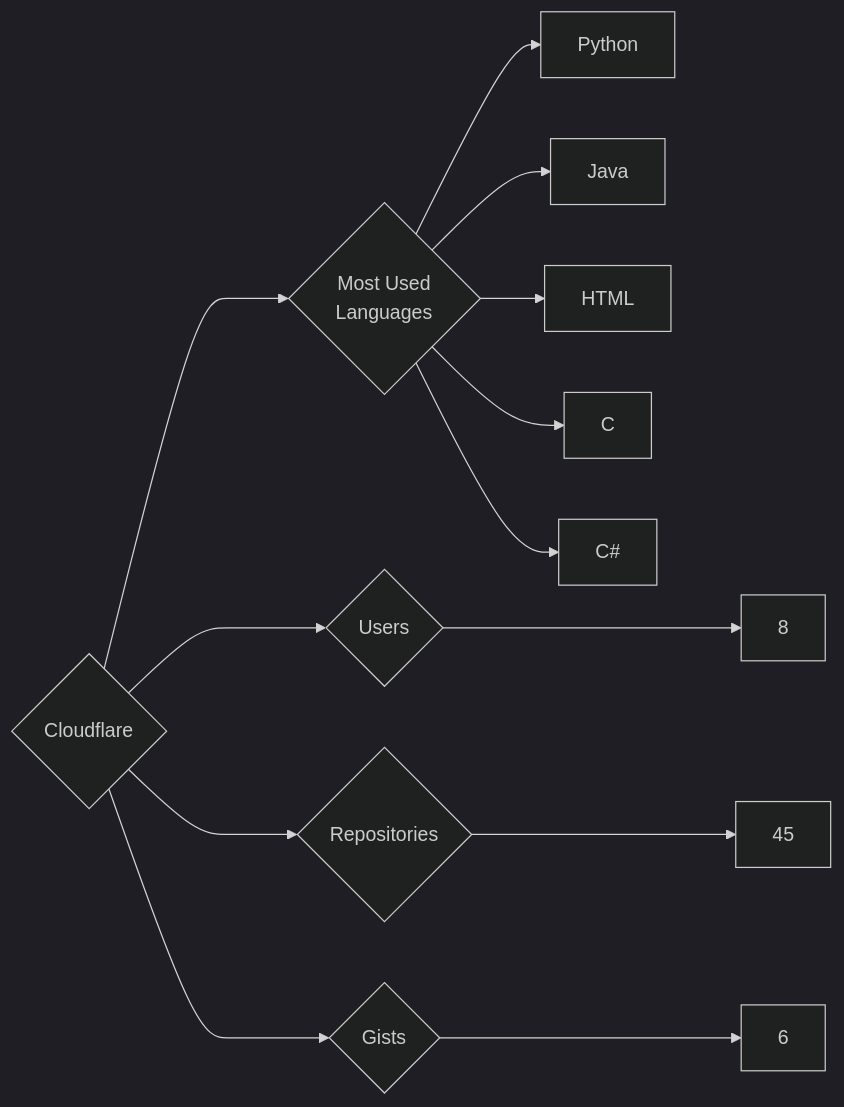
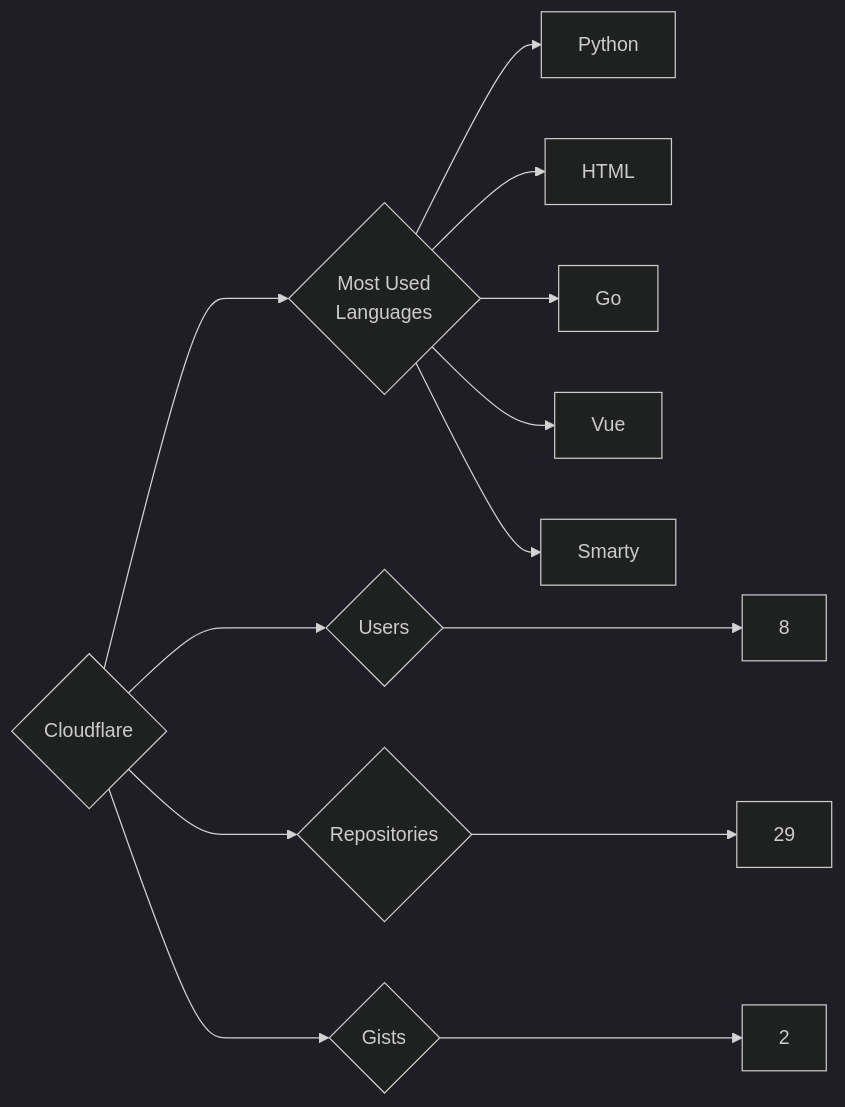
One commit to trickest/insiders changed the diagram in targets/Cloudflare/README.md. Above: the diagram before and after it, drawn with Mermaid (dark theme). The commit also changed 1089 other files, not shown here.

````diff
--- a/targets/Cloudflare/README.md
+++ b/targets/Cloudflare/README.md
@@ -3,13 +3,13 @@
 ```mermaid
 graph LR
 COMPANY_NAME{Cloudflare}
 COMPANY_NAME ---> U{Users} ---> UN[8]
-COMPANY_NAME ---> R{Repositories} ---> RN[45]
-COMPANY_NAME ---> G{Gists} ---> GN[6]
+COMPANY_NAME ---> R{Repositories} ---> RN[29]
+COMPANY_NAME ---> G{Gists} ---> GN[2]
 COMPANY_NAME ---> ML{Most Used<br>Languages}
 ML --> Python[Python]
-ML --> Java[Java]
 ML --> HTML[HTML]
-ML --> C[C]
-ML --> C#[C#]
+ML --> Go[Go]
+ML --> Vue[Vue]
+ML --> Smarty[Smarty]
 ```
````
